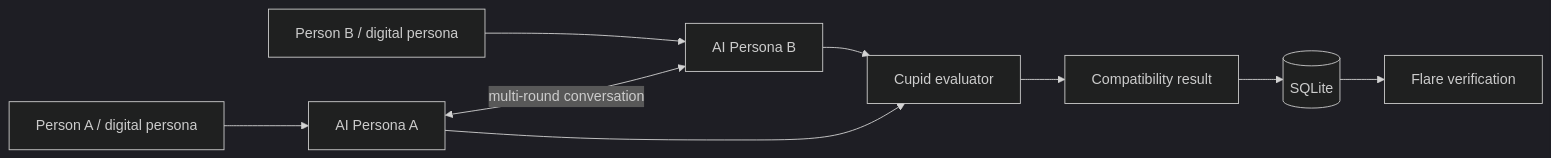
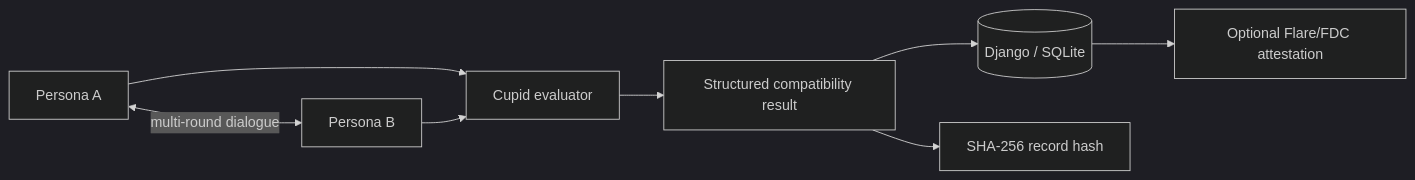
Before and after one commit to Ultraviolet-Chikorita/onesoul_webapp: the diagram in README.md, drawn with Mermaid (dark theme). The commit also changed other lines of this file, not shown here.

Commit message:
Condense OneSoul documentation and clarify AI, privacy, and chain-verification boundaries

````diff
--- a/README.md
+++ b/README.md
@@ -56,22 +9,10 @@
 ```mermaid
 flowchart LR
-    A["Person A / digital persona"]
-    B["Person B / digital persona"]
-    PA["AI Persona A"]
-    PB["AI Persona B"]
-    C["Cupid evaluator"]
-    R["Compatibility result"]
-    DB[("SQLite")]
-    F["Flare verification"]
-
-    A --> PA
-    B --> PB
-
-    PA <-->|"multi-round conversation"| PB
-    PA --> C
-    PB --> C
-
-    C --> R
-    R --> DB
-    DB --> F
+    A[Persona A] <-->|multi-round dialogue| B[Persona B]
+    A --> C[Cupid evaluator]
+    B --> C
+    C --> R[Structured compatibility result]
+    R --> DB[(Django / SQLite)]
+    R --> H[SHA-256 record hash]
+    DB --> F[Optional Flare/FDC attestation]
 ```
````
